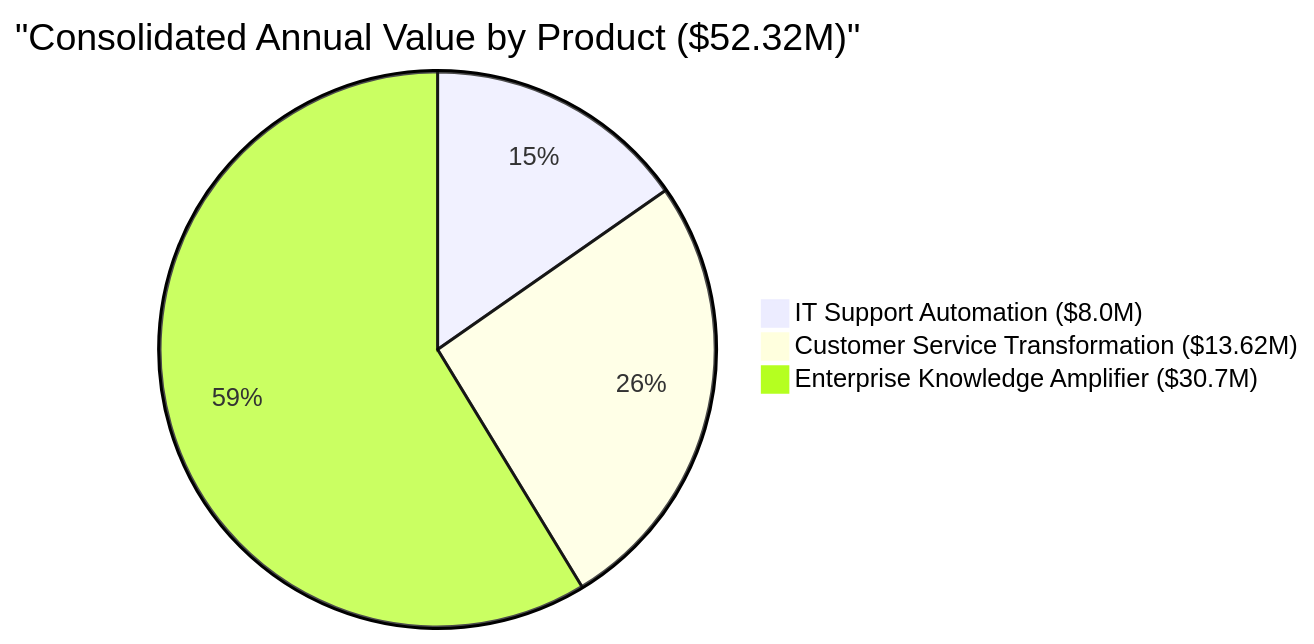
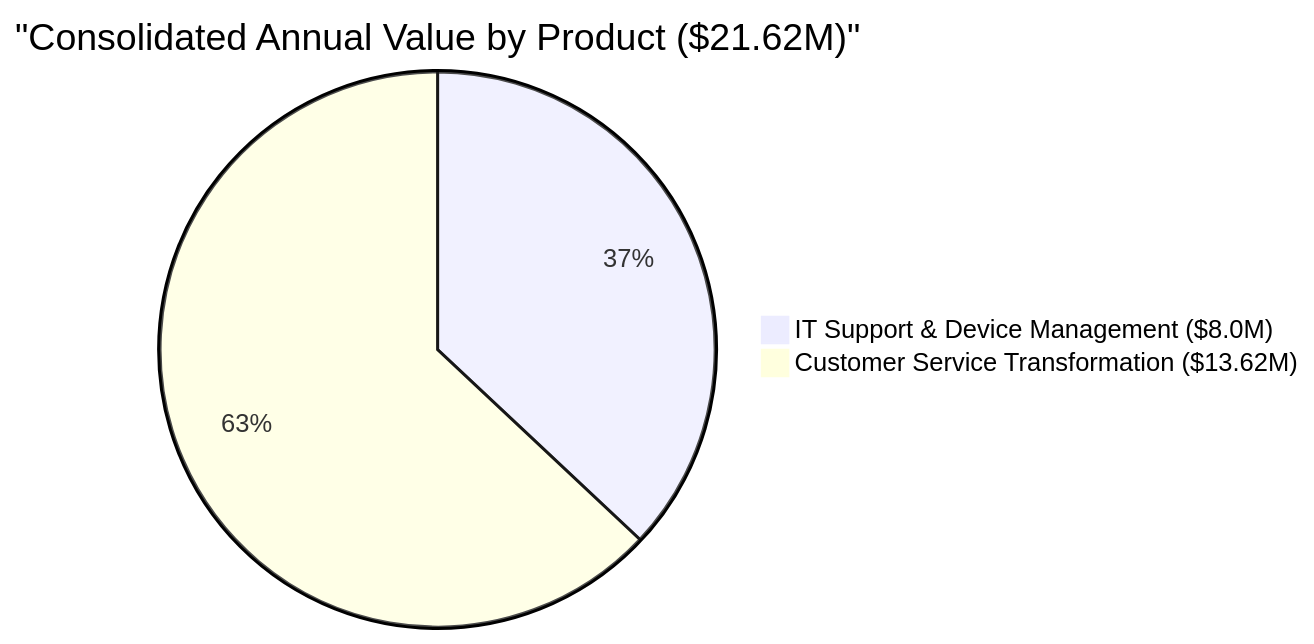
One commit to ME-ai-agents/docs_prod changed diagram 19 of 21 in ME.ai_FDD_Impl Strategy & Business Value.md. Above: the diagram before and after it, drawn with Mermaid. The commit also changed other lines of this file, not shown here.

Commit message:
Update ME.ai_FDD_Impl Strategy & Business Value.md

````diff
--- a/ME.ai_FDD_Impl Strategy & Business Value.md
+++ b/ME.ai_FDD_Impl Strategy & Business Value.md
@@ -1085,6 +1010,5 @@
 ```mermaid
-pie title "Consolidated Annual Value by Product ($52.32M)"
-    "IT Support Automation ($8.0M)" : 15.3
-    "Customer Service Transformation ($13.62M)" : 26.0
-    "Enterprise Knowledge Amplifier ($30.7M)" : 58.7
+pie title "Consolidated Annual Value by Product ($21.62M)"
+    "IT Support & Device Management ($8.0M)" : 37.0
+    "Customer Service Transformation ($13.62M)" : 63.0
 ```
````
